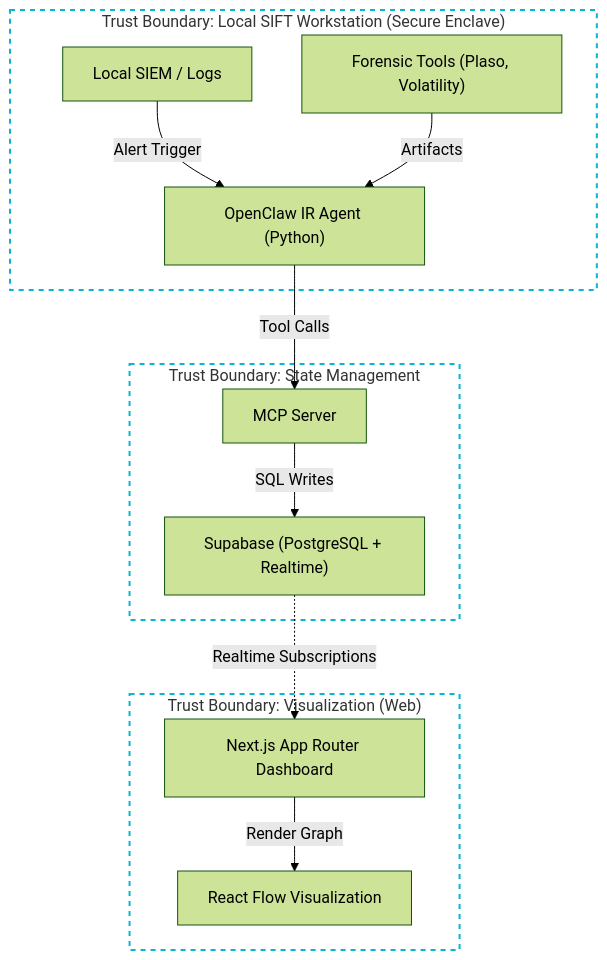
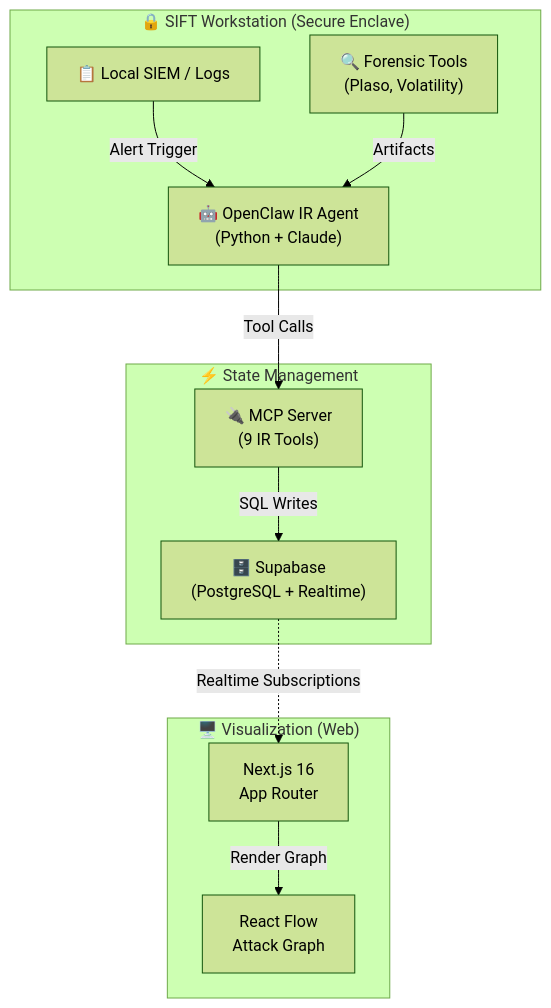
Before and after one commit to edycutjong/siftglass: the diagram in README.md, drawn with Mermaid (forest theme). The commit also changed other lines of this file and 3 other files, not shown here.

First line of the commit message:
feat: finalize demo configuration and UI flow for submission

````diff
--- a/README.md
+++ b/README.md
@@ -19,33 +64,25 @@
 ```mermaid
 graph TD
-    %% Define security boundaries
-    subgraph SIFTBoundary ["Trust Boundary: Local SIFT Workstation (Secure Enclave)"]
-        Agent["OpenClaw IR Agent (Python)"]
-        SIEM["Local SIEM / Logs"]
-        Tools["Forensic Tools (Plaso, Volatility)"]
+    subgraph SIFTBoundary ["🔒 SIFT Workstation (Secure Enclave)"]
+        SIEM["📋 Local SIEM / Logs"]
+        Agent["🤖 OpenClaw IR Agent<br/>(Python + Claude)"]
+        Tools["🔍 Forensic Tools<br/>(Plaso, Volatility)"]
     end
 
-    subgraph StateBoundary ["Trust Boundary: State Management"]
-        MCP["MCP Server"]
-        Supabase["Supabase (PostgreSQL + Realtime)"]
+    subgraph StateBoundary ["⚡ State Management"]
+        MCP["🔌 MCP Server<br/>(9 IR Tools)"]
+        Supabase["🗄️ Supabase<br/>(PostgreSQL + Realtime)"]
     end
 
-    subgraph WebBoundary ["Trust Boundary: Visualization (Web)"]
-        NextJS["Next.js App Router Dashboard"]
-        ReactFlow["React Flow Visualization"]
+    subgraph WebBoundary ["🖥️ Visualization (Web)"]
+        NextJS["Next.js 16<br/>App Router"]
+        ReactFlow["React Flow<br/>Attack Graph"]
     end
 
-    %% Define connections
     SIEM -->|"Alert Trigger"| Agent
     Tools -->|"Artifacts"| Agent
     Agent -->|"Tool Calls"| MCP
     MCP -->|"SQL Writes"| Supabase
     Supabase -.->|"Realtime Subscriptions"| NextJS
     NextJS -->|"Render Graph"| ReactFlow
-    
-    %% Styling
-    classDef boundary fill:transparent,stroke:#06b6d4,stroke-width:2px,stroke-dasharray:5
-    class SIFTBoundary boundary
-    class StateBoundary boundary
-    class WebBoundary boundary
 ```
````
